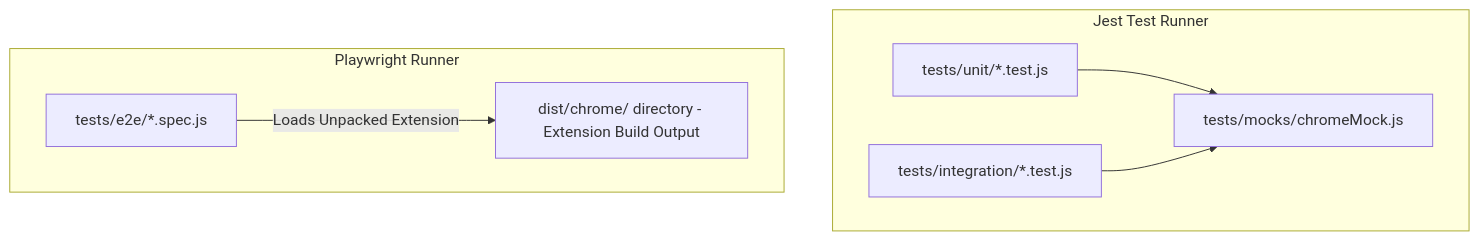
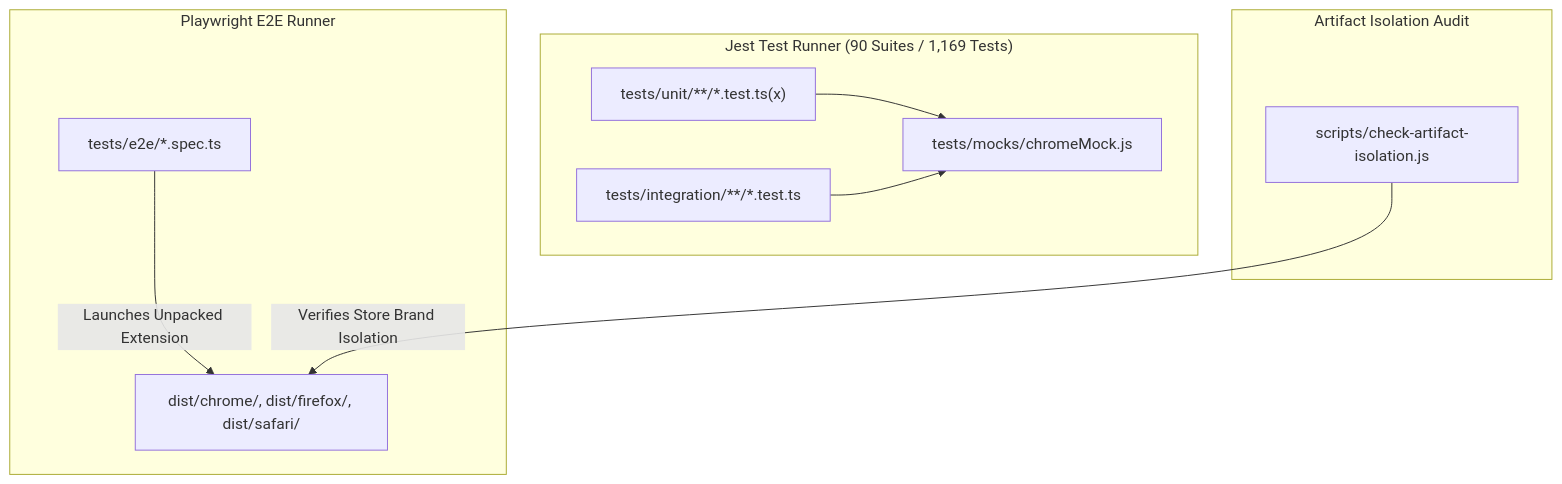
The diagram in docs/testing/test-suite-overview.md (sdeanmol/algomonster-fsrs-extension), drawn with Mermaid before and after one commit. The commit also changed other lines of this file and 11 other files, not shown here.

````diff
--- a/docs/testing/test-suite-overview.md
+++ b/docs/testing/test-suite-overview.md
@@ -25,16 +32,21 @@
 ```mermaid
 graph TD
-    subgraph Jest Test Runner
-        U[tests/unit/*.test.js]
-        I[tests/integration/*.test.js]
-        M[tests/mocks/chromeMock.js]
+    subgraph Jest_Test_Runner ["Jest Test Runner (90 Suites / 1,169 Tests)"]
+        U["tests/unit/**/*.test.ts(x)"]
+        I["tests/integration/**/*.test.ts"]
+        M["tests/mocks/chromeMock.js"]
         U --> M
         I --> M
     end
 
-    subgraph Playwright Runner
-        E2E[tests/e2e/*.spec.js]
-        EXT[dist/chrome/ directory - Extension Build Output]
-        E2E -->|Loads Unpacked Extension| EXT
+    subgraph Playwright_Runner ["Playwright E2E Runner"]
+        E2E["tests/e2e/*.spec.ts"]
+        EXT["dist/chrome/, dist/firefox/, dist/safari/"]
+        E2E -->|Launches Unpacked Extension| EXT
+    end
+
+    subgraph Isolation_Audit ["Artifact Isolation Audit"]
+        AUDIT["scripts/check-artifact-isolation.js"]
+        AUDIT -->|Verifies Store Brand Isolation| EXT
     end
 ```
````
